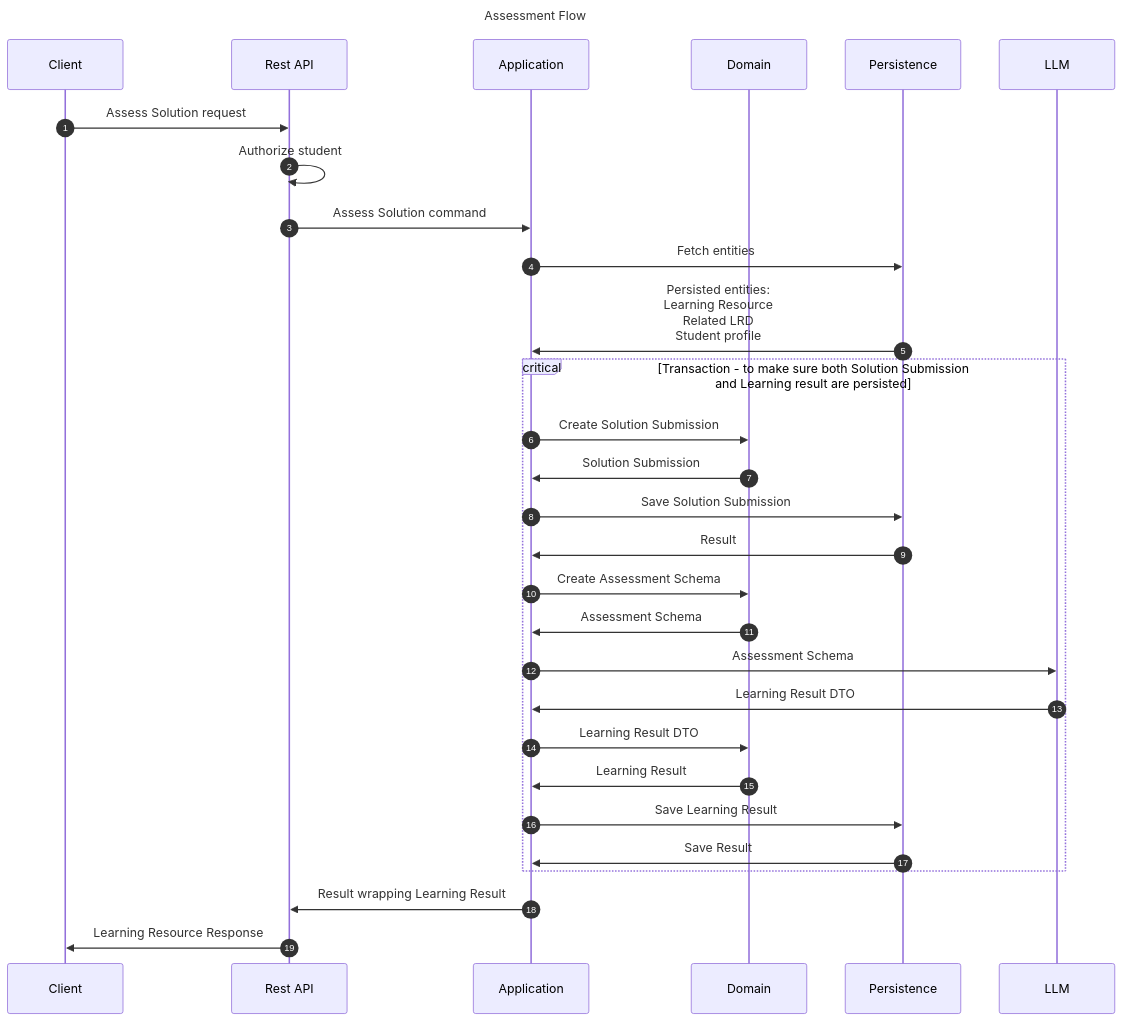
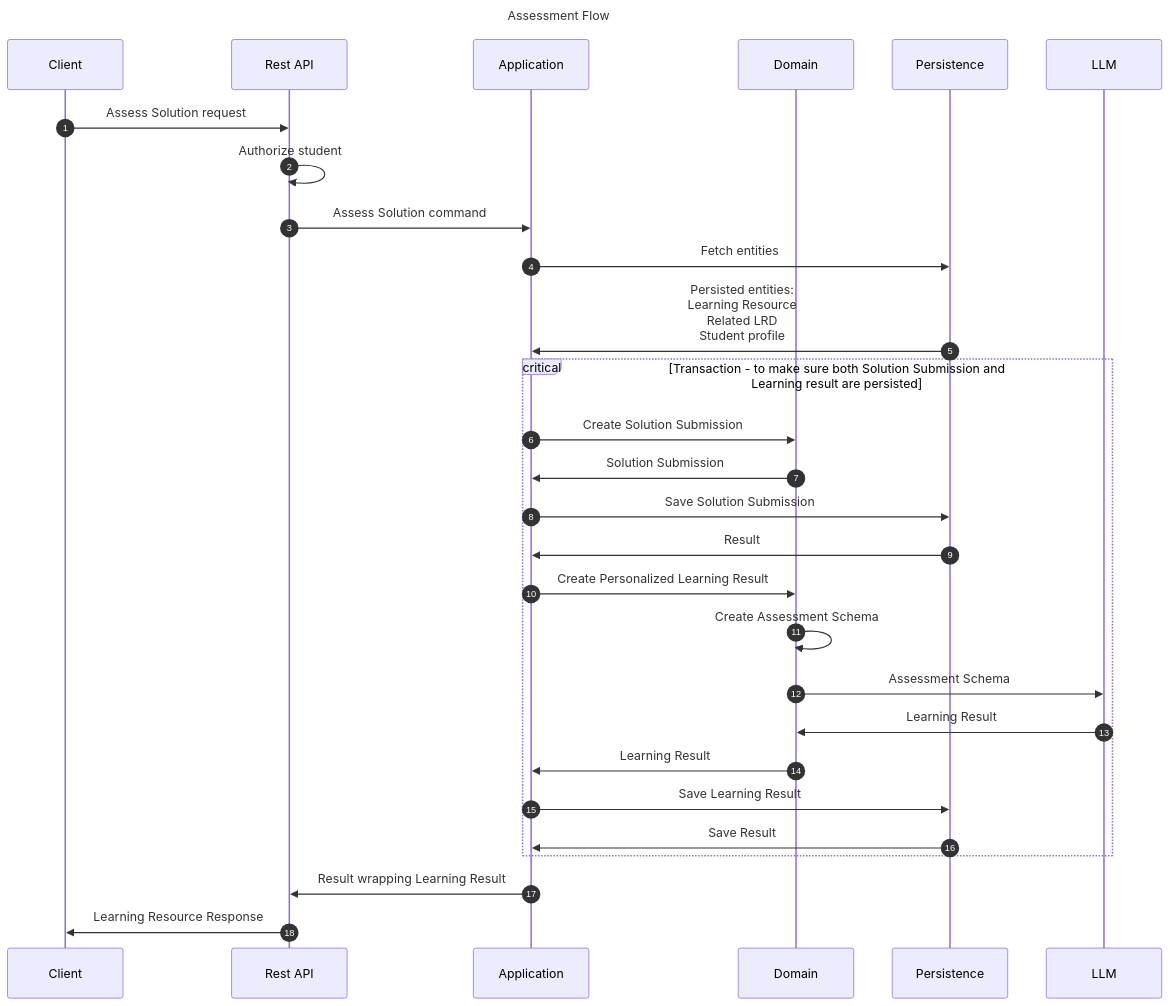
The diagram in docs/edutie/flows/learning/learningresult/AssessSolution.md (EdutieProject/edutie-backend), drawn with Mermaid before and after one commit.

Commit message:
AssessSolution.md

````diff
--- a/docs/edutie/flows/learning/learningresult/AssessSolution.md
+++ b/docs/edutie/flows/learning/learningresult/AssessSolution.md
@@ -8,34 +8,33 @@
 ```mermaid
 ---
 title: Assessment Flow
 ---
 sequenceDiagram
     participant Client
     participant Rest API
     participant Application
     participant Domain
     participant Persistence
     participant LLM
     autonumber
     Client ->> Rest API: Assess Solution request
     Rest API ->> Rest API: Authorize student
     Rest API ->> Application: Assess Solution command
     Application ->> Persistence: Fetch entities
     Persistence ->> Application: Persisted entities:<br/>Learning Resource<br/>Related LRD<br/>Student profile
     critical Transaction - to make sure both Solution Submission and Learning result are persisted
         Application ->> Domain: Create Solution Submission
         Domain ->> Application: Solution Submission
         Application ->> Persistence: Save Solution Submission
         Persistence ->> Application: Result
-        Application ->> Domain: Create Assessment Schema
-        Domain ->> Application: Assessment Schema
-        Application ->> LLM: Assessment Schema
-        LLM ->> Application: Learning Result DTO
-        Application ->> Domain: Learning Result DTO
+        Application ->> Domain: Create Personalized Learning Result
+        Domain ->> Domain: Create Assessment Schema
+        Domain ->> LLM: Assessment Schema
+        LLM ->> Domain: Learning Result
         Domain ->> Application: Learning Result
         Application ->> Persistence: Save Learning Result
         Persistence ->> Application: Save Result
     end
     Application ->> Rest API: Result wrapping Learning Result
     Rest API ->> Client: Learning Resource Response
 ```
````
